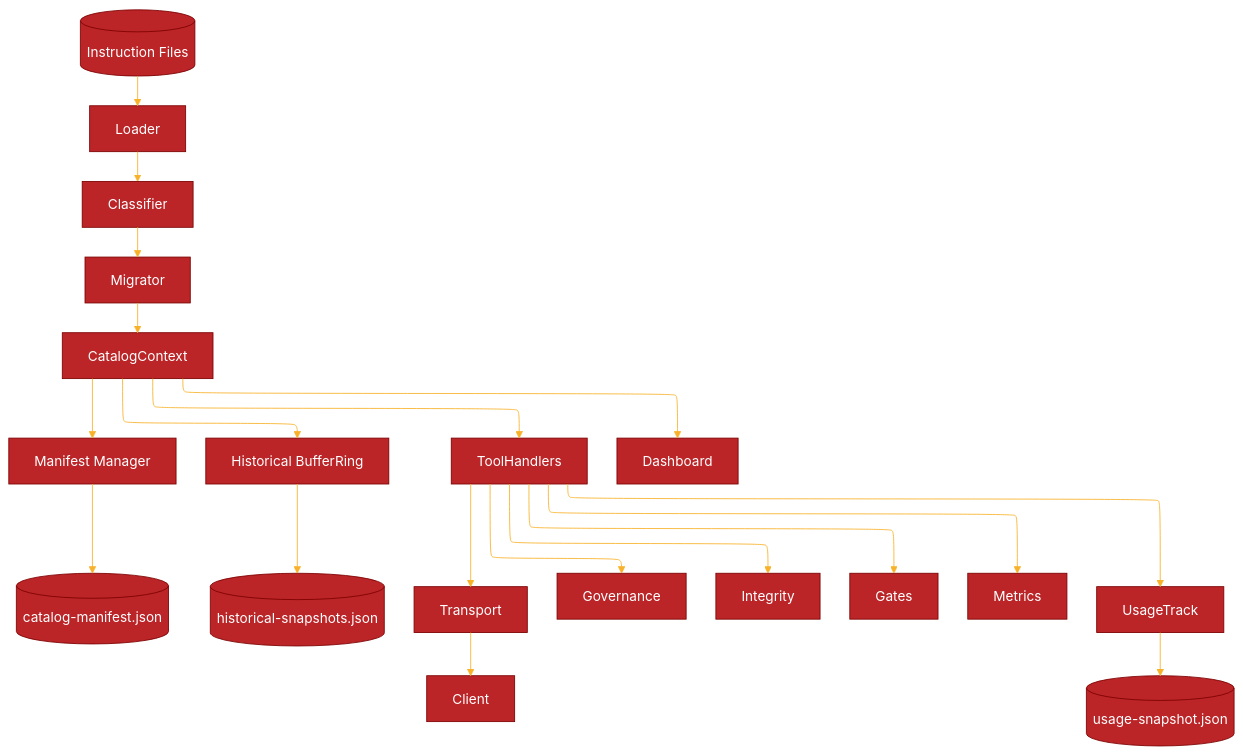
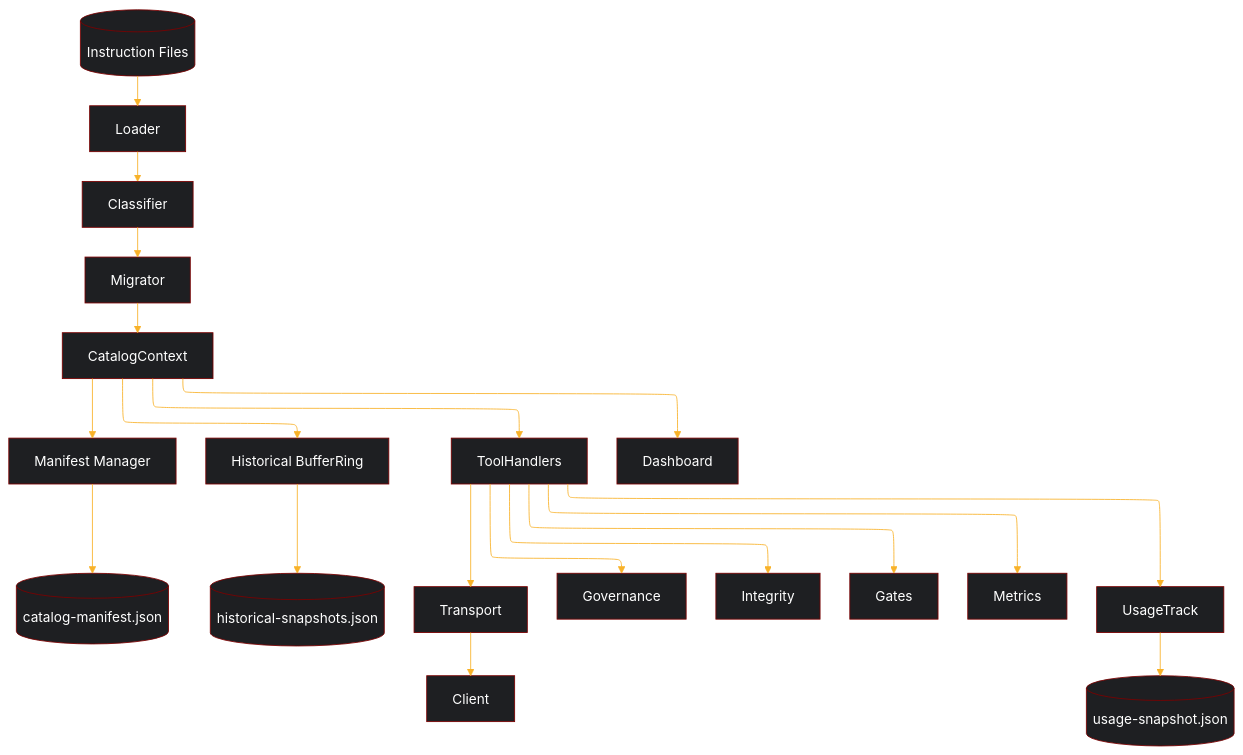
One commit to jagilber-org/mcp-index-server changed the fifth of 5 diagrams in docs/ARCHITECTURE.md. Above: the diagram before and after it, drawn with Mermaid. The commit also changed other lines of this file and 2 other files, not shown here.

First line of the commit message:
chore(docs): unify mermaid config via YAML frontmatter and expanded themeVariables

````diff
--- a/docs/ARCHITECTURE.md
+++ b/docs/ARCHITECTURE.md
@@ -329,22 +421,45 @@
 ```mermaid
-%%{init: { 'theme': 'base', 'themeVariables': { 'darkMode': 'true', 'primaryColor': '#BB2528', 'primaryTextColor': '#ffffff', 'primaryBorderColor': '#7C0000', 'lineColor': '#F8B229', 'secondaryColor': '#006100', 'tertiaryColor': '#ffffff', 'fontSize': '16px', 'fontFamily': 'trebuchet ms, Verdana, arial' }, 'layout': 'elk' } }%%
+---
+config:
+  theme: base
+  themeVariables:
+    darkMode: 'false'
+    primaryColor: '#BB2528'
+    primaryTextColor: '#fff'
+    primaryBorderColor: '#7C0000'
+    secondaryColor: '#006100'
+    secondaryBorderColor: '#004a00'
+    secondaryTextColor: '#fff'
+    tertiaryColor: '#ffffff'
+    tertiaryBorderColor: '#d0d0d0'
+    tertiaryTextColor: '#333'
+    noteBkgColor: '#fff5ad'
+    noteTextColor: '#333'
+    noteBorderColor: '#e0d27a'
+    lineColor: '#F8B229'
+    textColor: '#fff'
+    mainBkg: '#1e1f22'
+    errorBkgColor: '#ffffff'
+    errorTextColor: '#333'
+  layout: elk
+---
 graph TD
   Catalog[(Instruction Files)] --> Loader
   Loader --> Classifier
   Classifier --> Migrator
   Migrator --> Cache[CatalogContext]
   Cache --> ManifestMgr[Manifest Manager]
   ManifestMgr --> ManifestFile[(catalog-manifest.json)]
   Cache --> SnapshotRing[Historical BufferRing]
   SnapshotRing --> SnapshotFile[(historical-snapshots.json)]
   Cache --> Tools[ToolHandlers]
   Tools --> Transport
   Transport --> Client
   Tools --> Governance
   Tools --> Integrity
   Tools --> Gates
   Tools --> Metrics
   Tools --> UsageTrack
   UsageTrack --> UsageSnap[(usage-snapshot.json)]
   Cache --> Dashboard
 ```
````
